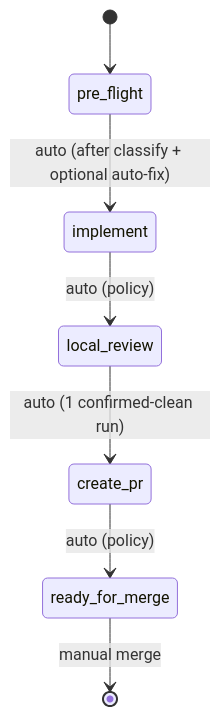
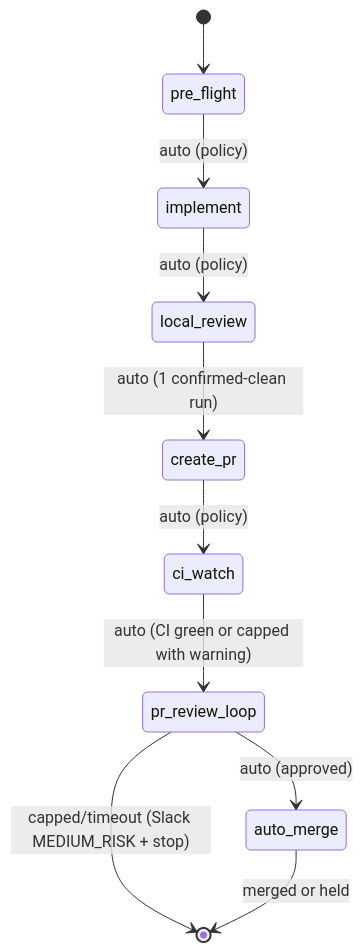
Before and after one commit to OmniNode-ai/omniclaude: the diagram in plugins/onex/skills/ticket-pipeline/SKILL.md, drawn with Mermaid. The commit also changed other lines of this file and 1 other file, not shown here.

First line of the commit message:
feat(ticket-pipeline): add Phase 4 ci_watch to autonomous pipeline [OMN-2527] (#241)

````diff
--- a/plugins/onex/skills/ticket-pipeline/SKILL.md
+++ b/plugins/onex/skills/ticket-pipeline/SKILL.md
@@ -49,9 +50,12 @@
 ```mermaid
 stateDiagram-v2
     [*] --> pre_flight
-    pre_flight --> implement : auto (after classify + optional auto-fix)
+    pre_flight --> implement : auto (policy)
     implement --> local_review : auto (policy)
     local_review --> create_pr : auto (1 confirmed-clean run)
-    create_pr --> ready_for_merge : auto (policy)
-    ready_for_merge --> [*] : manual merge
+    create_pr --> ci_watch : auto (policy)
+    ci_watch --> pr_review_loop : auto (CI green or capped with warning)
+    pr_review_loop --> auto_merge : auto (approved)
+    pr_review_loop --> [*] : capped/timeout (Slack MEDIUM_RISK + stop)
+    auto_merge --> [*] : merged or held
 ```
````
